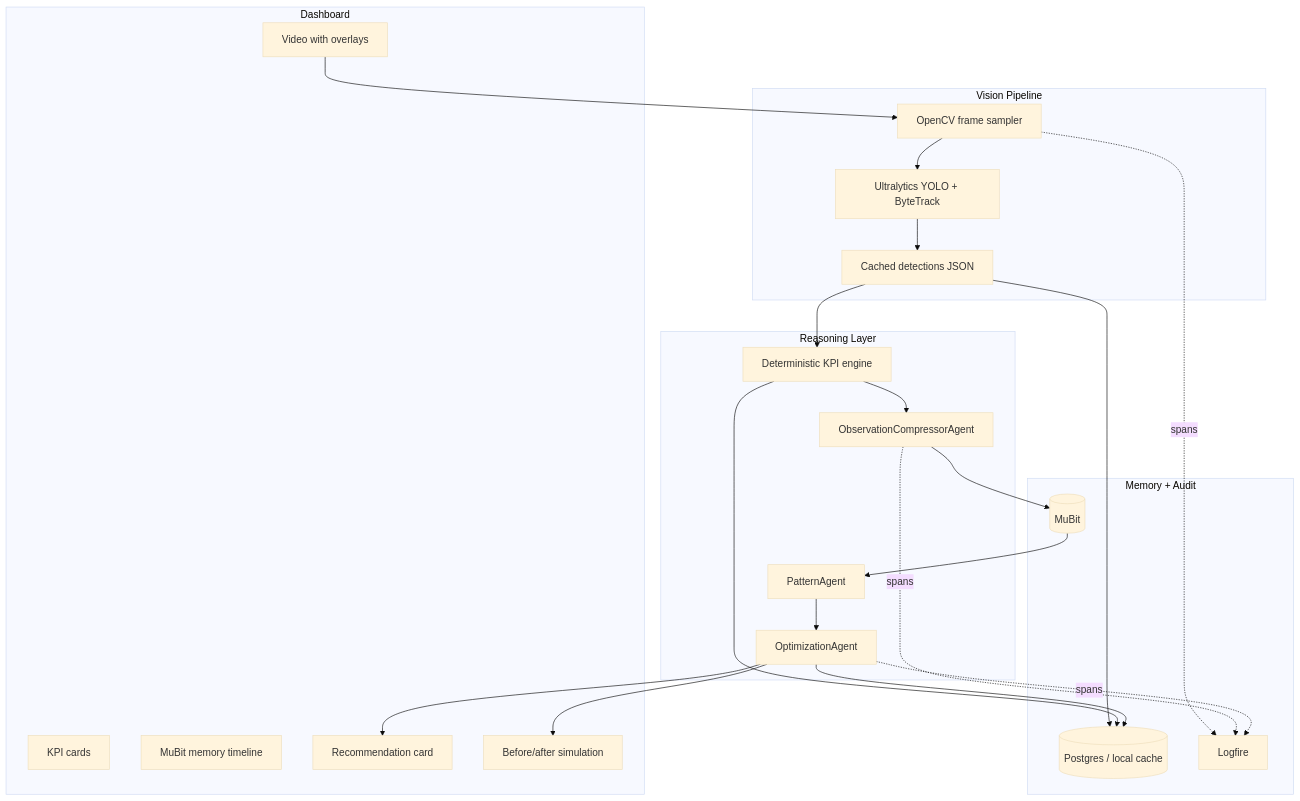
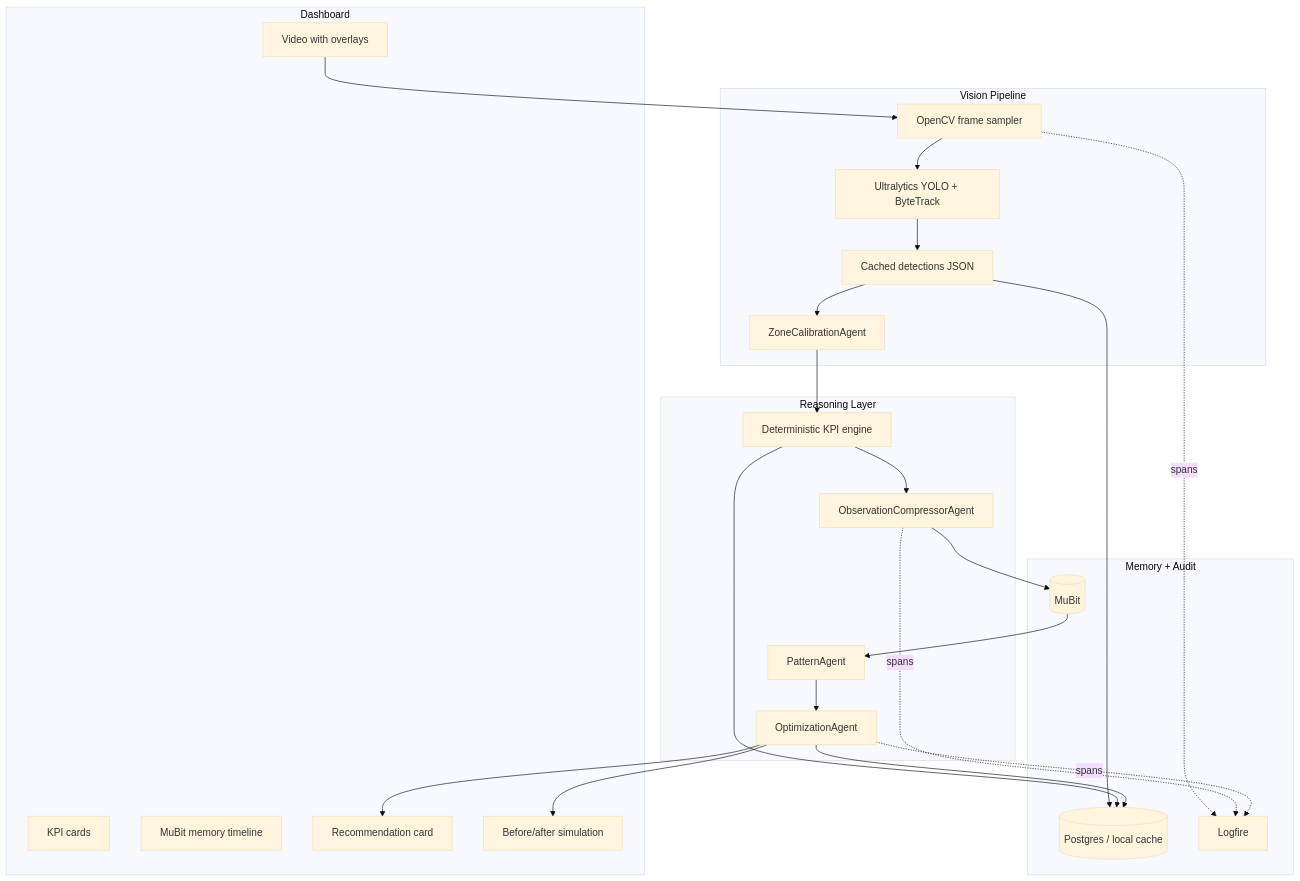
One commit to alexzh3/londonhack changed the third of 4 diagrams in overview_plan.md. Above: the diagram before and after it, drawn with Mermaid (base theme). The commit also changed other lines of this file and 4 other files, not shown here.

````diff
--- a/overview_plan.md
+++ b/overview_plan.md
@@ -114,40 +118,41 @@
 ```mermaid
 flowchart TB
     subgraph UI[Dashboard]
         U1[Video with overlays]
         U2[KPI cards]
         U3[MuBit memory timeline]
         U4[Recommendation card]
         U5[Before/after simulation]
     end
 
     subgraph Vision[Vision Pipeline]
         V1[OpenCV frame sampler]
         V2[Ultralytics YOLO + ByteTrack]
         V3[Cached detections JSON]
+        V4[ZoneCalibrationAgent]
     end
 
     subgraph Reasoning[Reasoning Layer]
         R1[Deterministic KPI engine]
         R2[ObservationCompressorAgent]
         R3[PatternAgent]
         R4[OptimizationAgent]
     end
 
     subgraph Memory[Memory + Audit]
         M1[(Postgres / local cache)]
         M2[(MuBit)]
         M3[Logfire]
     end
 
-    U1 --> V1 --> V2 --> V3 --> R1
+    U1 --> V1 --> V2 --> V3 --> V4 --> R1
     R1 --> R2 --> M2
     M2 --> R3 --> R4 --> U4
     R4 --> U5
     V3 --> M1
     R1 --> M1
     R4 --> M1
     V1 -. spans .-> M3
     R2 -. spans .-> M3
     R4 -. spans .-> M3
 ```
````
